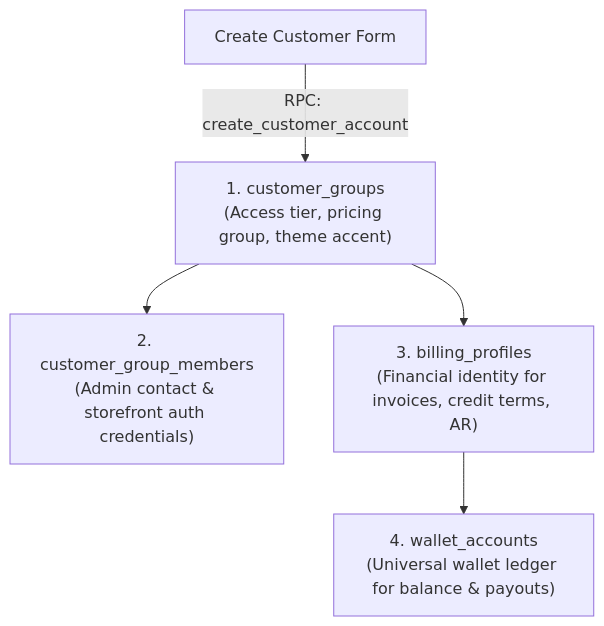
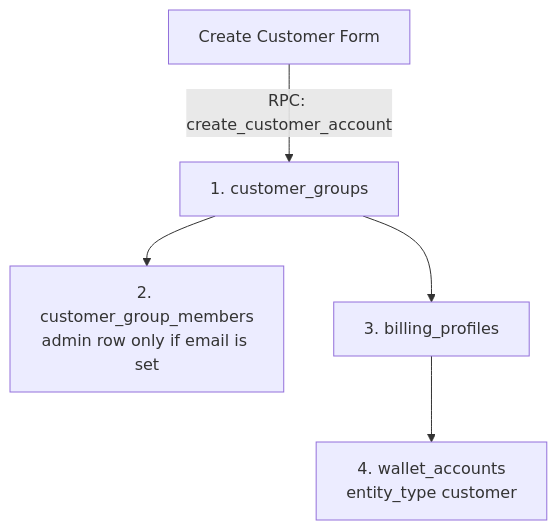
The diagram in doc/customer/CUSTOMER.md (david-git-2/brandwala-wholesale-quasar-v2), drawn with Mermaid before and after one commit. The commit also changed other lines of this file and 50 other files, not shown here.

````diff
--- a/doc/customer/CUSTOMER.md
+++ b/doc/customer/CUSTOMER.md
@@ -11,7 +13,7 @@
 ```mermaid
 flowchart TD
-    A["Create Customer Form"] -->|RPC: create_customer_account| B["1. customer_groups<br/>(Access tier, pricing group, theme accent)"]
-    B --> C["2. customer_group_members<br/>(Admin contact & storefront auth credentials)"]
-    B --> D["3. billing_profiles<br/>(Financial identity for invoices, credit terms, AR)"]
-    D --> E["4. wallet_accounts<br/>(Universal wallet ledger for balance & payouts)"]
+    A["Create Customer Form"] -->|RPC: create_customer_account| B["1. customer_groups"]
+    B --> C["2. customer_group_members<br/>admin row only if email is set"]
+    B --> D["3. billing_profiles"]
+    D --> E["4. wallet_accounts<br/>entity_type customer"]
 ```
````
